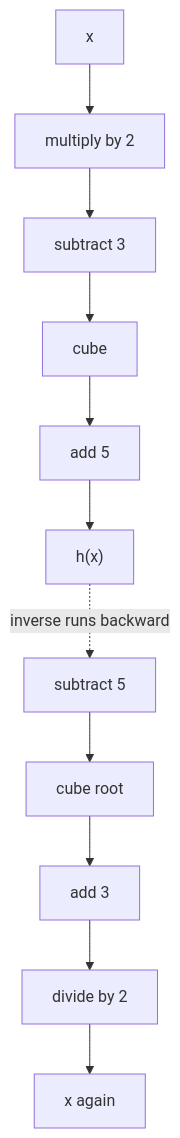
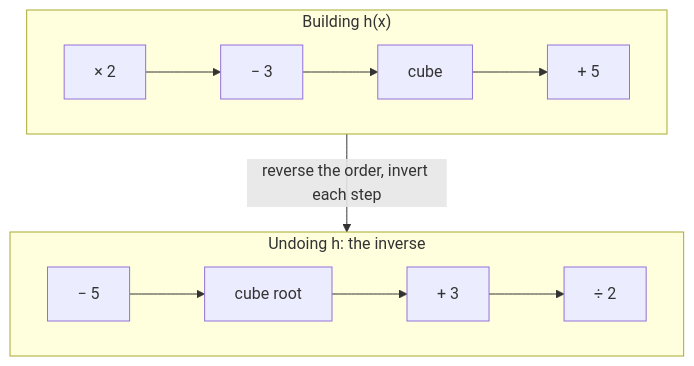
Before and after one commit to Aziliz/erudior: the diagram in content/math/precalculus/lessons/07h2-composition-algebra.md, drawn with Mermaid. The commit also changed 148 other files, not shown here.

````diff
--- a/content/math/precalculus/lessons/07h2-composition-algebra.md
+++ b/content/math/precalculus/lessons/07h2-composition-algebra.md
@@ -43,7 +43,14 @@
 ```mermaid
 flowchart TD
   accTitle: Building h and undoing it
-  accDescr: The function h is four steps in order, multiply by 2, subtract 3, cube, add 5. Its inverse undoes them in reverse order, subtract 5, take the cube root, add 3, divide by 2.
-  A["x"] --> B["multiply by 2"] --> C["subtract 3"] --> D["cube"] --> E["add 5"] --> F["h(x)"]
-  F -. "inverse runs backward" .-> G["subtract 5"] --> H["cube root"] --> J["add 3"] --> K["divide by 2"] --> L["x again"]
+  accDescr: The function h is four steps in order, multiply by 2, subtract 3, cube, add 5. The inverse undoes the same steps in reverse order, each with its own inverse, subtract 5, take the cube root, add 3, divide by 2. The last step of h is the first step undone.
+  subgraph build["Building h(x)"]
+    direction LR
+    A1["× 2"] --> A2["− 3"] --> A3["cube"] --> A4["+ 5"]
+  end
+  subgraph undo["Undoing h: the inverse"]
+    direction LR
+    B1["− 5"] --> B2["cube root"] --> B3["+ 3"] --> B4["÷ 2"]
+  end
+  build -- "reverse the order, invert each step" --> undo
 ```
````
